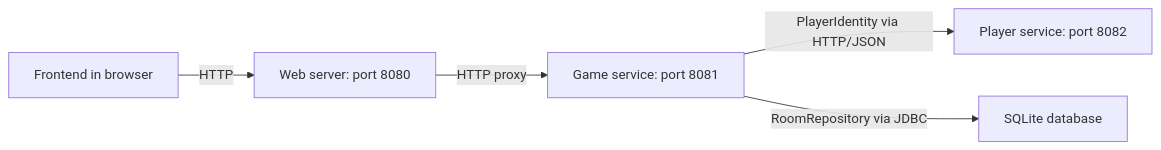
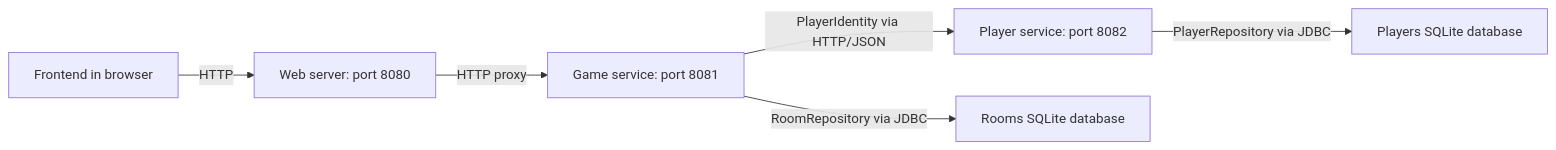
Before and after one commit to ikigachi/chess-software: the diagram in README.md, drawn with Mermaid. The commit also changed other lines of this file and 13 other files, not shown here.

Commit message:
Persist player profiles with SQLite, clarify method names and add the project plan

````diff
--- a/README.md
+++ b/README.md
@@ -92,7 +93,8 @@
 ```mermaid
 flowchart LR
     F["Frontend in browser"] -->|"HTTP"| W["Web server: port 8080"]
     W -->|"HTTP proxy"| G["Game service: port 8081"]
     G -->|"PlayerIdentity via HTTP/JSON"| P["Player service: port 8082"]
-    G -->|"RoomRepository via JDBC"| D["SQLite database"]
+    G -->|"RoomRepository via JDBC"| D["Rooms SQLite database"]
+    P -->|"PlayerRepository via JDBC"| PD["Players SQLite database"]
 ```
````
